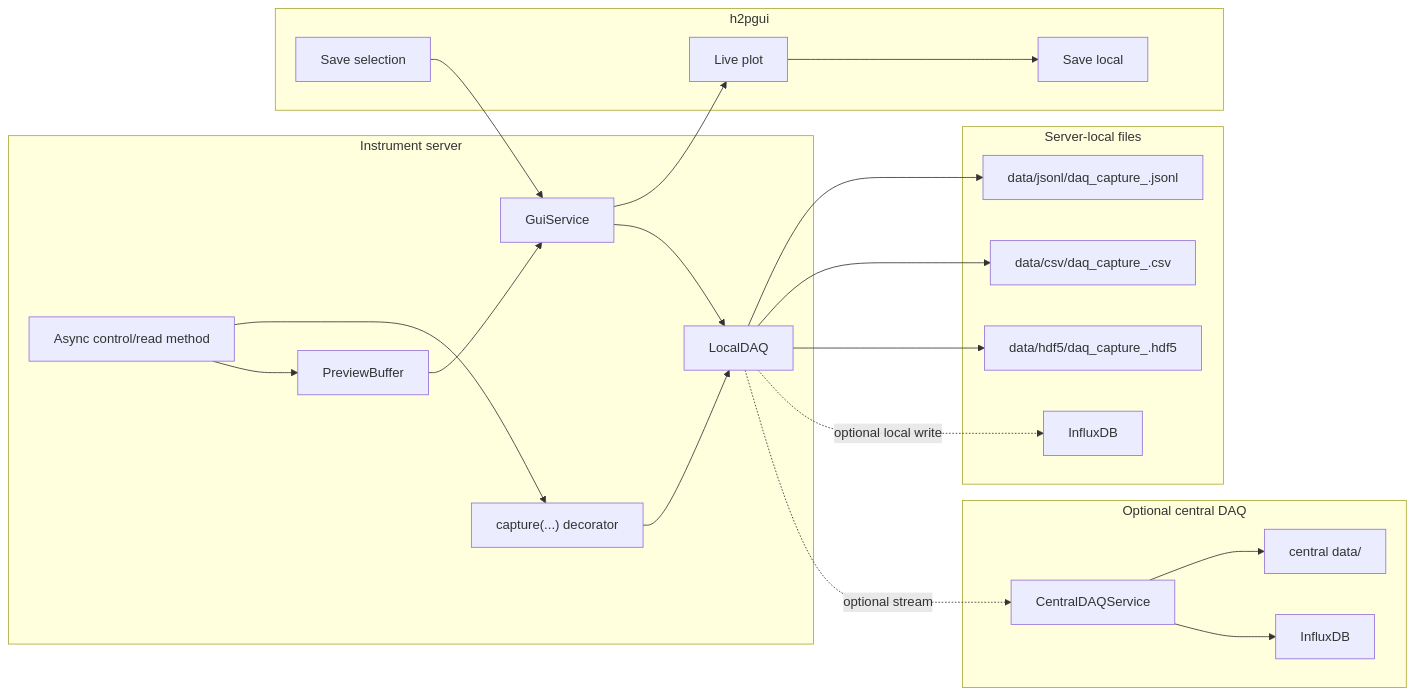
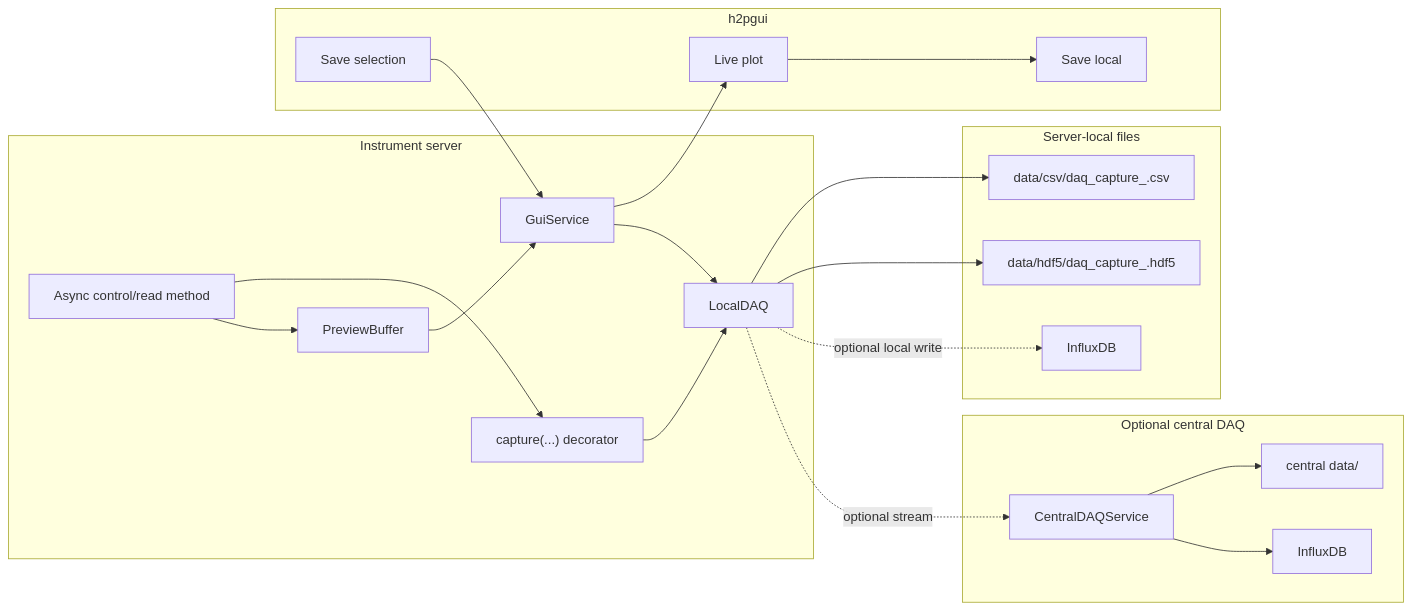
The diagram in README.md (iic201/h2pcontrol-daq), drawn with Mermaid before and after one commit.

````diff
--- a/README.md
+++ b/README.md
@@ -230,42 +230,40 @@
 ```mermaid
 flowchart LR
     subgraph Server["Instrument server"]
         Method["Async control/read method"]
         Capture["capture(...) decorator"]
         Preview["PreviewBuffer"]
         GuiSvc["GuiService"]
         Local["LocalDAQ"]
     end
 
     subgraph LocalFiles["Server-local files"]
-        JSONL["data/jsonl/daq_capture_<run_id>.jsonl"]
         CSV["data/csv/daq_capture_<run_id>.csv"]
         HDF5["data/hdf5/daq_capture_<run_id>.hdf5"]
         LocalInflux["InfluxDB"]
     end
 
     subgraph GUI["h2pgui"]
         Plot["Live plot"]
         LocalExport["Save local"]
         RemoteSave["Save selection"]
     end
 
     subgraph Central["Optional central DAQ"]
         CentralSvc["CentralDAQService"]
         CentralFiles["central data/"]
         Influx["InfluxDB"]
     end
 
     Method --> Capture --> Local
     Method --> Preview --> GuiSvc
     GuiSvc --> Plot
     Plot --> LocalExport
     RemoteSave --> GuiSvc --> Local
-    Local --> JSONL
     Local --> CSV
     Local --> HDF5
     Local -. optional local write .-> LocalInflux
     Local -. optional stream .-> CentralSvc
     CentralSvc --> CentralFiles
     CentralSvc --> Influx
 ```
````
